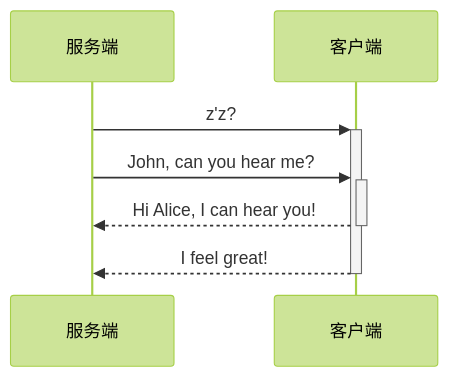
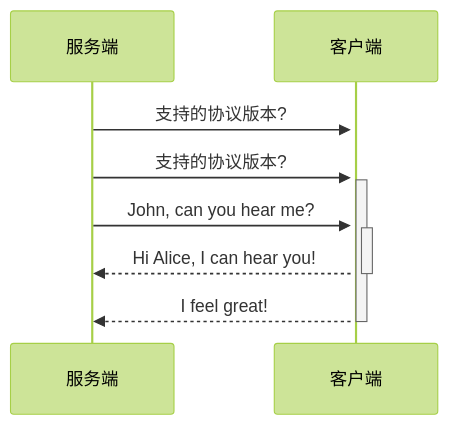
One commit to HY-10-8/iodraw-files changed the diagram in all/未命名-1.md. Above: the diagram before and after it, drawn with Mermaid (forest theme).

Commit message:
2026-03-24 09:58:00 update

````diff
--- a/all/未命名-1.md
+++ b/all/未命名-1.md
@@ -1,8 +1,9 @@
 ```mermaid
 sequenceDiagram
-    服务端->>+客户端: z'z?
+    服务端->>+客户端: 支持的协议版本?
+    服务端->>+客户端: 支持的协议版本?
     服务端->>+客户端: John, can you hear me?
     客户端-->>-服务端: Hi Alice, I can hear you!
     客户端-->>-服务端: I feel great!
             
 ```
````
